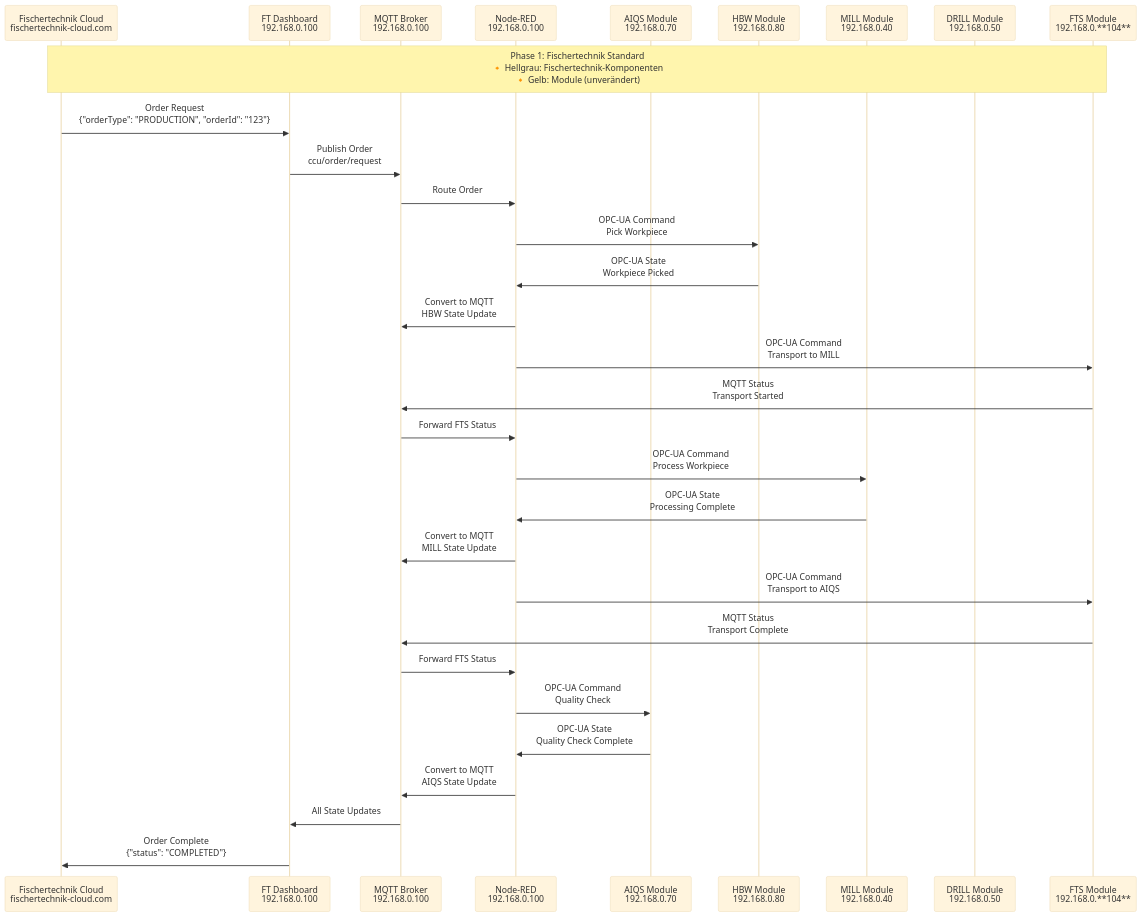
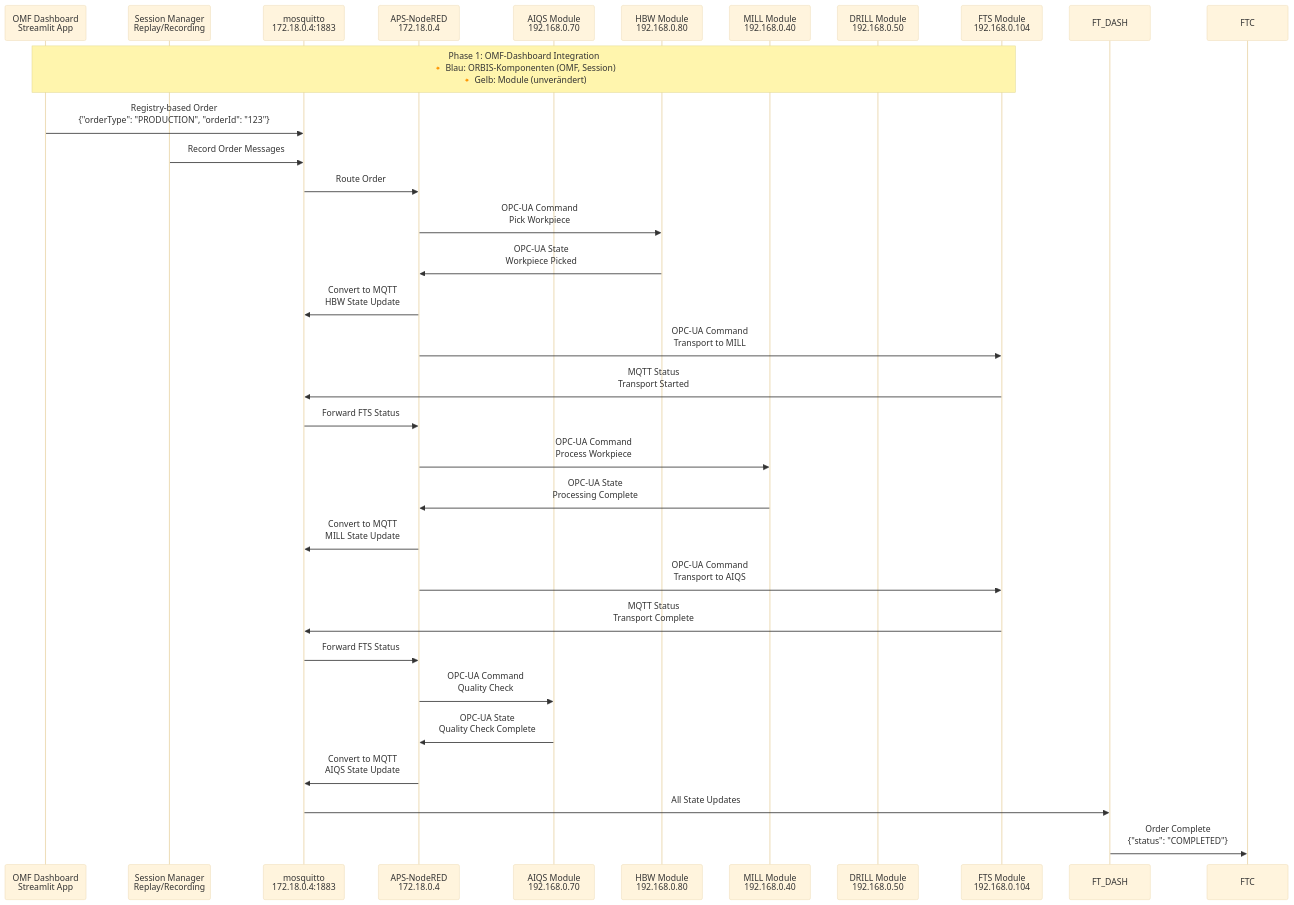
The fifth of 6 diagrams in docs/02-architecture/message-flow.md (OliverBerger-ORBIS/ORBIS-Modellfabrik), drawn with Mermaid (base theme) before and after one commit. The commit also changed other lines of this file and 12 other files, not shown here.

````diff
--- a/docs/02-architecture/message-flow.md
+++ b/docs/02-architecture/message-flow.md
@@ -141,39 +135,39 @@
 ```mermaid
 sequenceDiagram
-    participant FTC as Fischertechnik Cloud<br/>fischertechnik-cloud.com
-    participant FT_DASH as FT Dashboard<br/>192.168.0.100
-    participant MQTT as MQTT Broker<br/>192.168.0.100
-    participant NR as Node-RED<br/>192.168.0.100
+    participant OMF_DASH as OMF Dashboard<br/>Streamlit App
+    participant SESSION as Session Manager<br/>Replay/Recording
+    participant MQTT as mosquitto<br/>172.18.0.4:1883
+    participant NR as APS-NodeRED<br/>172.18.0.4
     participant AIQS as AIQS Module<br/>192.168.0.70
     participant HBW as HBW Module<br/>192.168.0.80
     participant MILL as MILL Module<br/>192.168.0.40
     participant DRILL as DRILL Module<br/>192.168.0.50
-    participant FTS as FTS Module<br/>192.168.0.**104**
+    participant FTS as FTS Module<br/>192.168.0.104
     
-    Note over FTC,FTS: Phase 1: Fischertechnik Standard<br/>🔸 Hellgrau: Fischertechnik-Komponenten<br/>🔸 Gelb: Module (unverändert)
+    Note over OMF_DASH,FTS: Phase 1: OMF-Dashboard Integration<br/>🔸 Blau: ORBIS-Komponenten (OMF, Session)<br/>🔸 Gelb: Module (unverändert)
     
-    FTC->>FT_DASH: Order Request<br/>{"orderType": "PRODUCTION", "orderId": "123"}
-    FT_DASH->>MQTT: Publish Order<br/>ccu/order/request
+    OMF_DASH->>MQTT: Registry-based Order<br/>{"orderType": "PRODUCTION", "orderId": "123"}
+    SESSION->>MQTT: Record Order Messages
     
     MQTT->>NR: Route Order
     NR->>HBW: OPC-UA Command<br/>Pick Workpiece
     HBW->>NR: OPC-UA State<br/>Workpiece Picked
     NR->>MQTT: Convert to MQTT<br/>HBW State Update
     
     NR->>FTS: OPC-UA Command<br/>Transport to MILL
     FTS->>MQTT: MQTT Status<br/>Transport Started
     MQTT->>NR: Forward FTS Status
     NR->>MILL: OPC-UA Command<br/>Process Workpiece
     MILL->>NR: OPC-UA State<br/>Processing Complete
     NR->>MQTT: Convert to MQTT<br/>MILL State Update
     
     NR->>FTS: OPC-UA Command<br/>Transport to AIQS
     FTS->>MQTT: MQTT Status<br/>Transport Complete
     MQTT->>NR: Forward FTS Status
     NR->>AIQS: OPC-UA Command<br/>Quality Check
     AIQS->>NR: OPC-UA State<br/>Quality Check Complete
     NR->>MQTT: Convert to MQTT<br/>AIQS State Update
     
     MQTT->>FT_DASH: All State Updates
     FT_DASH->>FTC: Order Complete<br/>{"status": "COMPLETED"}
 ```
````
